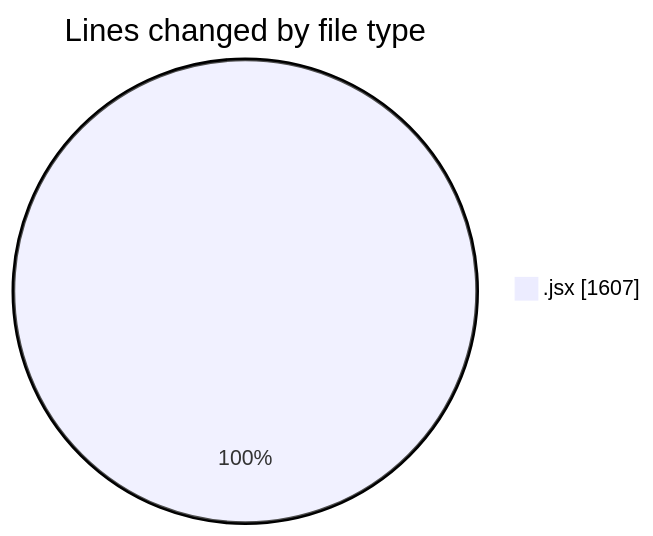
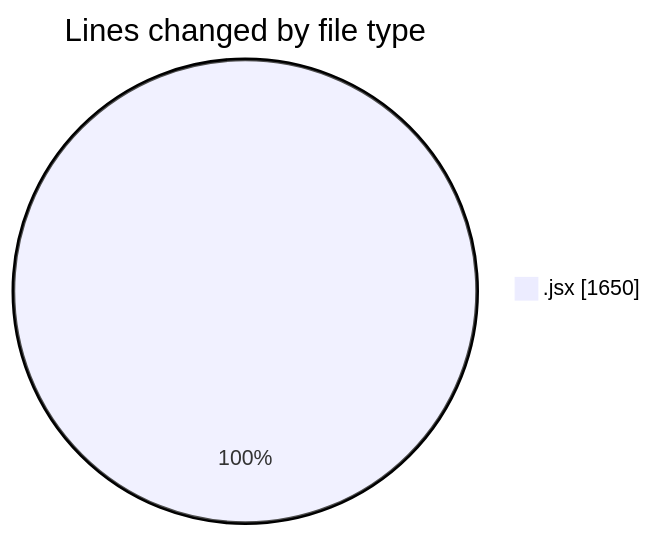
The first of 2 diagrams in 2025-05-07/nxtqube_webapp/README.md (nxtqubesakshisongat/code-tracking), drawn with Mermaid before and after one commit. The commit also changed other lines of this file and 1 other file, not shown here.

````diff
--- a/2025-05-07/nxtqube_webapp/README.md
+++ b/2025-05-07/nxtqube_webapp/README.md
@@ -20,5 +20,5 @@
 ```mermaid
 pie showData
 title Lines changed by file type
-".jsx" : 1607
+".jsx" : 1650
 ```
````
